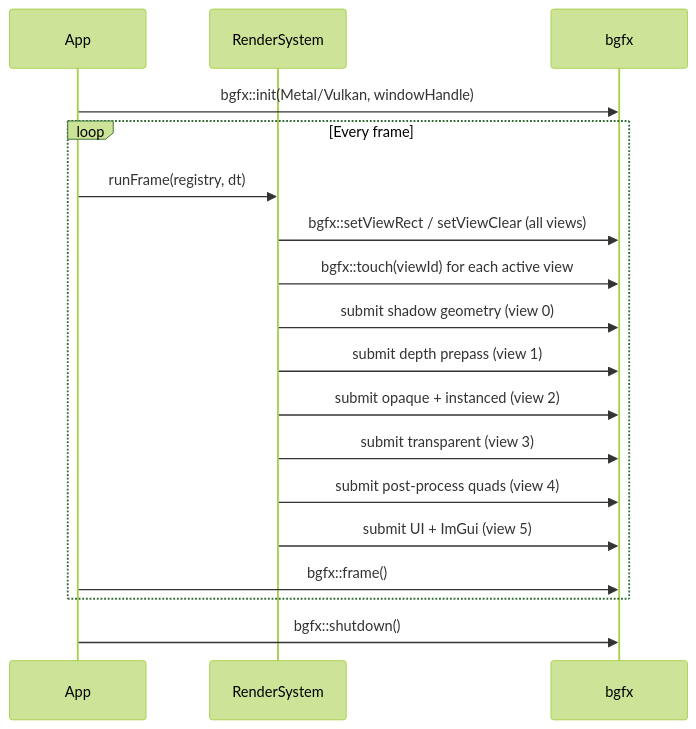
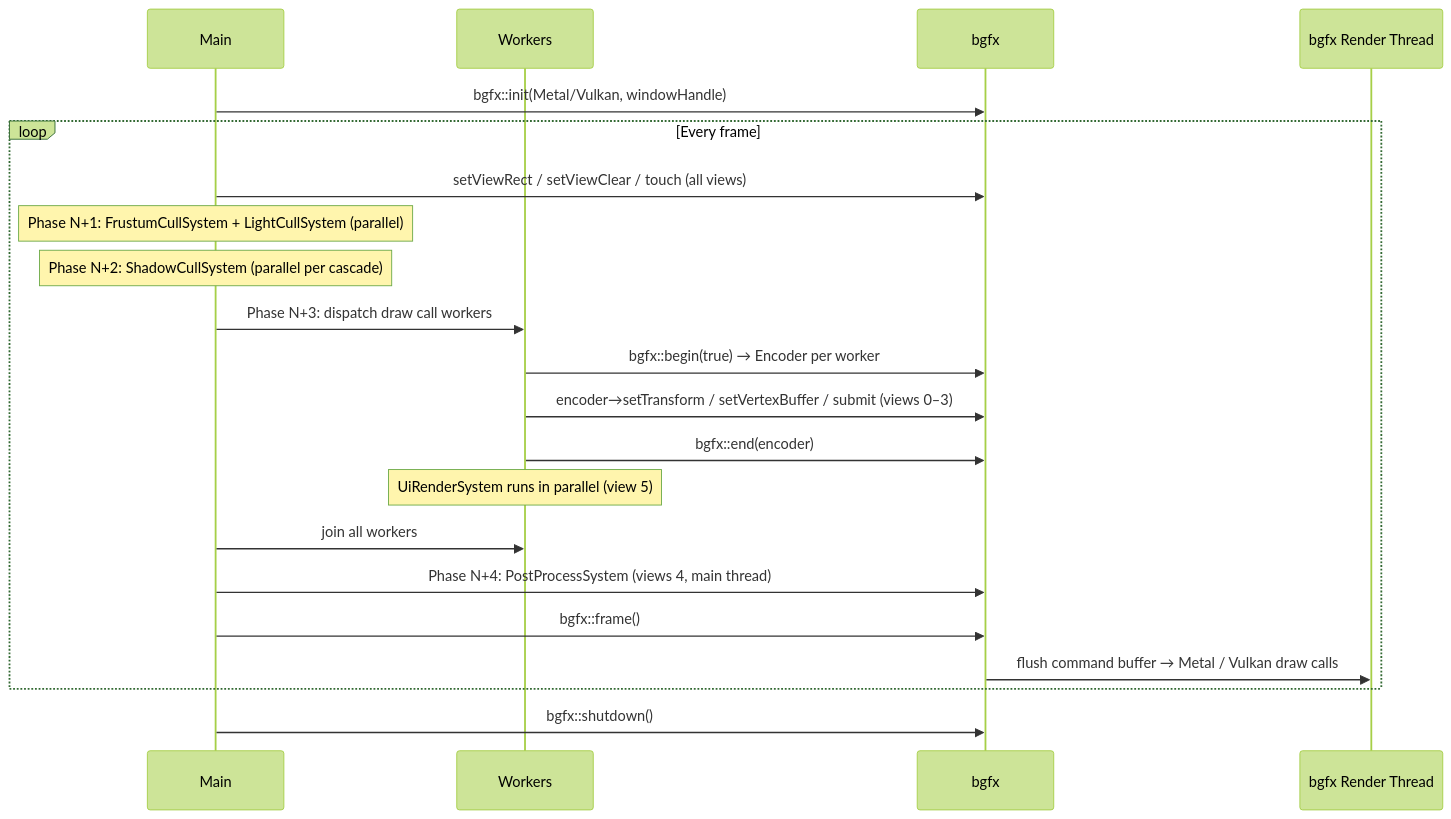
One commit to pixelperfect3/sama changed the fifth of 8 diagrams in docs/RENDERING_ARCHITECTURE.md. Above: the diagram before and after it, drawn with Mermaid (forest theme). The commit also changed other lines of this file, not shown here.

First line of the commit message:
docs: update rendering architecture with threading model

````diff
--- a/docs/RENDERING_ARCHITECTURE.md
+++ b/docs/RENDERING_ARCHITECTURE.md
@@ -201,25 +239,28 @@
 ```mermaid
 sequenceDiagram
-    participant App
-    participant RenderSystem
+    participant Main
+    participant Workers
     participant bgfx
+    participant RenderThread as bgfx Render Thread
 
-    App->>bgfx: bgfx::init(Metal/Vulkan, windowHandle)
+    Main->>bgfx: bgfx::init(Metal/Vulkan, windowHandle)
 
     loop Every frame
-        App->>RenderSystem: runFrame(registry, dt)
-        RenderSystem->>bgfx: bgfx::setViewRect / setViewClear (all views)
-        RenderSystem->>bgfx: bgfx::touch(viewId) for each active view
+        Main->>bgfx: setViewRect / setViewClear / touch (all views)
+        Note over Main: Phase N+1: FrustumCullSystem + LightCullSystem (parallel)
+        Note over Main: Phase N+2: ShadowCullSystem (parallel per cascade)
 
-        RenderSystem->>bgfx: submit shadow geometry (view 0)
-        RenderSystem->>bgfx: submit depth prepass (view 1)
-        RenderSystem->>bgfx: submit opaque + instanced (view 2)
-        RenderSystem->>bgfx: submit transparent (view 3)
-        RenderSystem->>bgfx: submit post-process quads (view 4)
-        RenderSystem->>bgfx: submit UI + ImGui (view 5)
+        Main->>Workers: Phase N+3: dispatch draw call workers
+        Workers->>bgfx: bgfx::begin(true) → Encoder per worker
+        Workers->>bgfx: encoder→setTransform / setVertexBuffer / submit (views 0–3)
+        Workers->>bgfx: bgfx::end(encoder)
+        Note over Workers: UiRenderSystem runs in parallel (view 5)
+        Main->>Workers: join all workers
 
-        App->>bgfx: bgfx::frame()
+        Main->>bgfx: Phase N+4: PostProcessSystem (views 4, main thread)
+        Main->>bgfx: bgfx::frame()
+        bgfx->>RenderThread: flush command buffer → Metal / Vulkan draw calls
     end
 
-    App->>bgfx: bgfx::shutdown()
+    Main->>bgfx: bgfx::shutdown()
 ```
````
